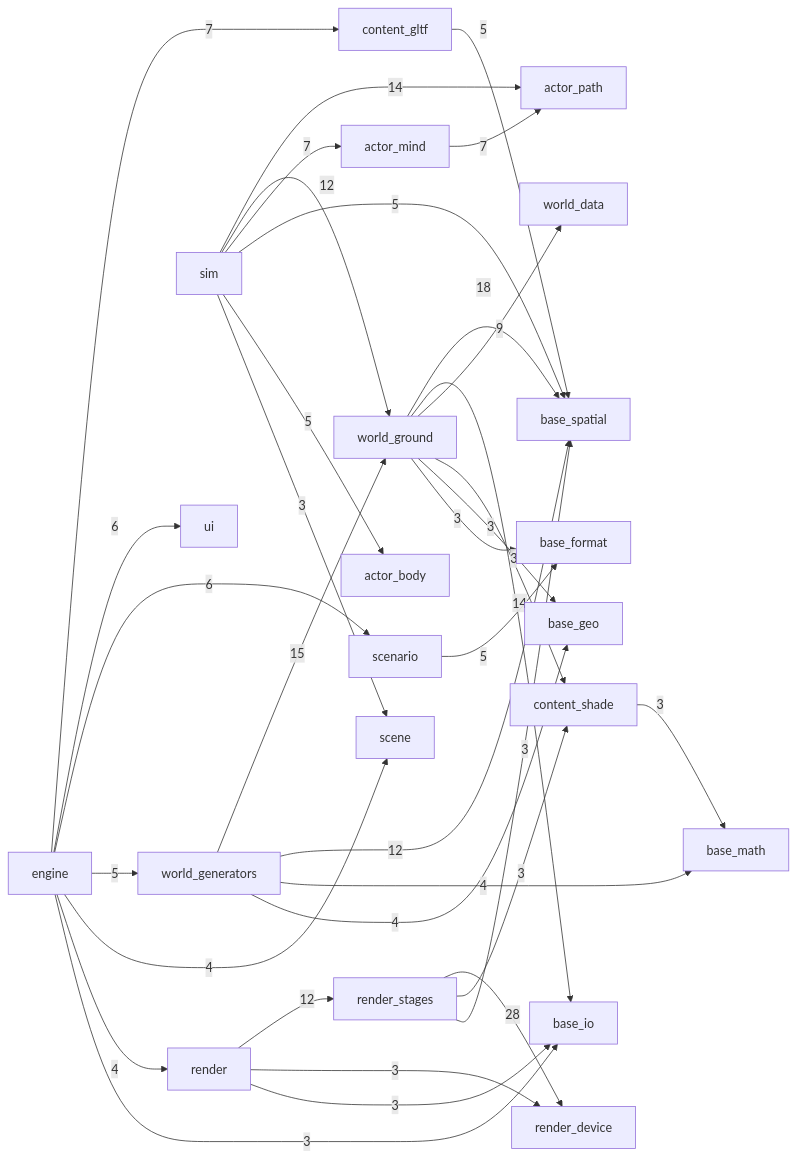
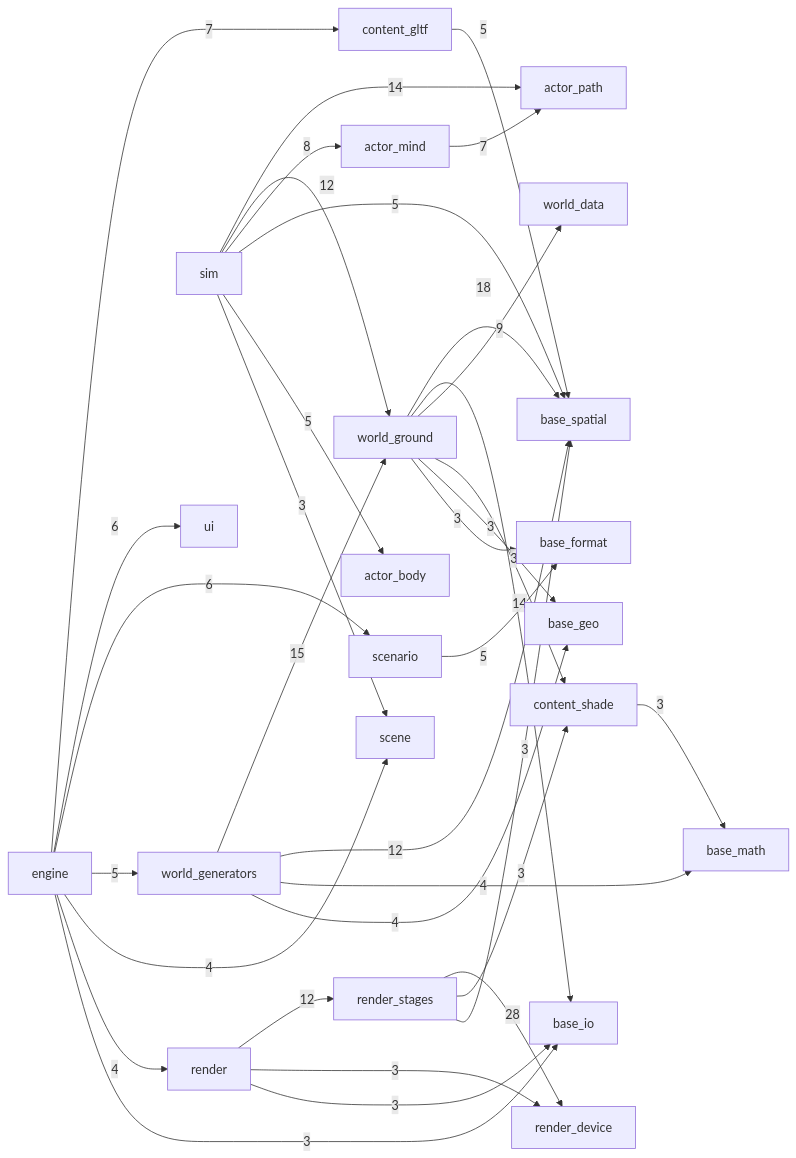
One commit to Weichwolf/outshine changed the diagram in STATE.md. Above: the diagram before and after it, drawn with Mermaid. The commit also changed 4 other files, not shown here.

````diff
--- a/STATE.md
+++ b/STATE.md
@@ -135,36 +135,36 @@
 ```mermaid
 flowchart LR
   render_stages --> |28| render_device
   world_ground --> |18| base_spatial
   world_generators --> |15| world_ground
   world_ground --> |14| base_io
   sim --> |14| actor_path
   world_generators --> |12| base_spatial
   sim --> |12| world_ground
   render --> |12| render_stages
   world_ground --> |9| world_data
-  sim --> |7| actor_mind
+  sim --> |8| actor_mind
   engine --> |7| content_gltf
   actor_mind --> |7| actor_path
   engine --> |6| ui
   engine --> |6| scenario
   sim --> |5| base_spatial
   sim --> |5| actor_body
   scenario --> |5| base_format
   engine --> |5| world_generators
   content_gltf --> |5| base_spatial
   world_generators --> |4| base_math
   world_generators --> |4| base_geo
   engine --> |4| scene
   engine --> |4| render
   world_ground --> |3| content_shade
   world_ground --> |3| base_geo
   world_ground --> |3| base_format
   sim --> |3| scene
   render --> |3| render_device
   render --> |3| base_io
   render_stages --> |3| content_shade
   render_stages --> |3| base_spatial
   engine --> |3| base_io
   content_shade --> |3| base_math
 ```
````
